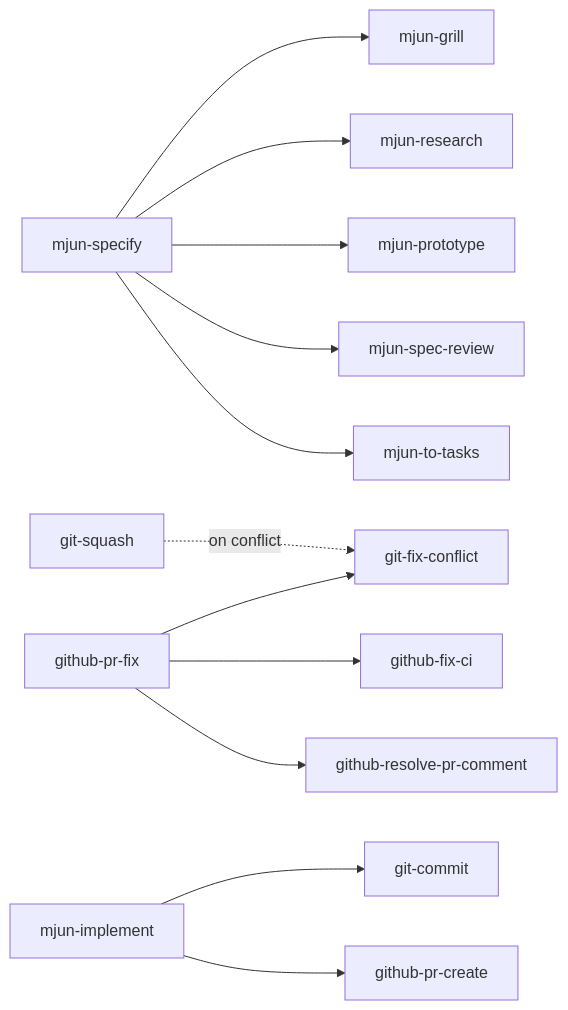
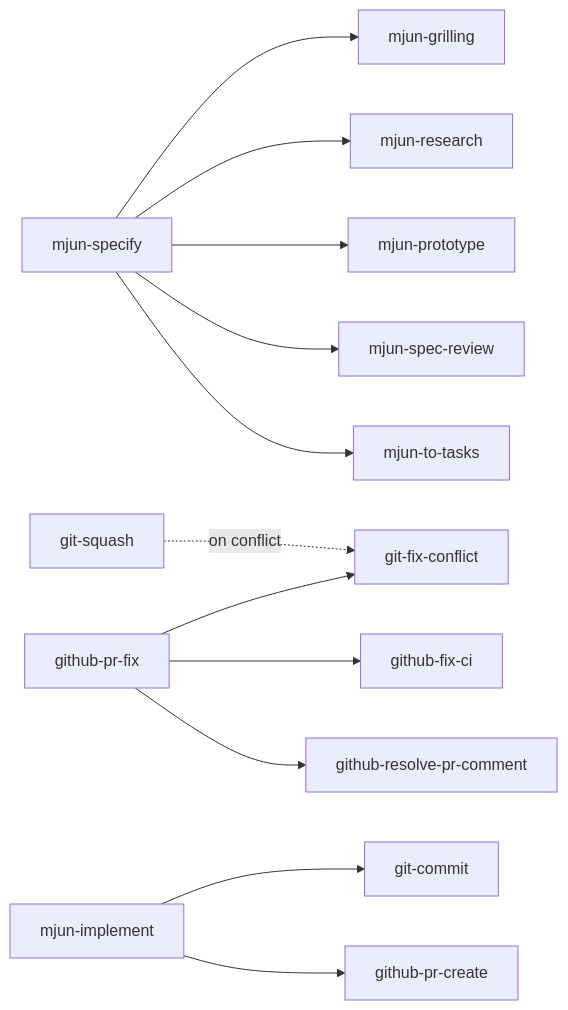
Before and after one commit to mjun0812/dotfiles: the diagram in doc/skills.md, drawn with Mermaid. The commit also changed other lines of this file and 4 other files, not shown here.

First line of the commit message:
feat: rename mjun-grill to mjun-grilling and ask the decision frontier in rounds

````diff
--- a/doc/skills.md
+++ b/doc/skills.md
@@ -104,17 +104,17 @@
 ```mermaid
 graph LR
     git-squash -. on conflict .-> git-fix-conflict
 
-    mjun-specify --> mjun-grill
+    mjun-specify --> mjun-grilling
     mjun-specify --> mjun-research
     mjun-specify --> mjun-prototype
     mjun-specify --> mjun-spec-review
     mjun-specify --> mjun-to-tasks
 
     mjun-implement --> git-commit
     mjun-implement --> github-pr-create
 
     github-pr-fix --> git-fix-conflict
     github-pr-fix --> github-fix-ci
     github-pr-fix --> github-resolve-pr-comment
 ```
````
